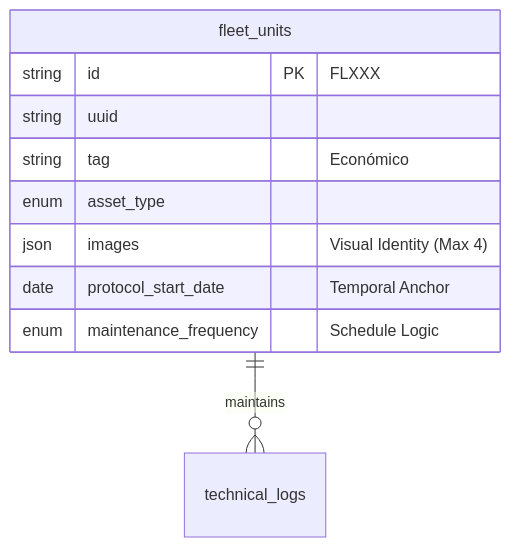
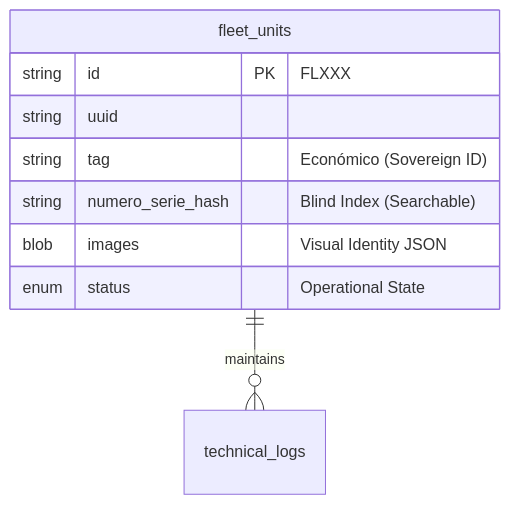
Before and after one commit to felipemiramontesr/mantenimiento_piic: the third of 3 diagrams in SYSTEM_ARCHITECTURE.md, drawn with Mermaid. The commit also changed other lines of this file and 27 other files, not shown here.

Commit message:
feat(fleet): v.17.0.0 industrial-grade architectural refactor and high-precision testing ecosystem

````diff
--- a/SYSTEM_ARCHITECTURE.md
+++ b/SYSTEM_ARCHITECTURE.md
@@ -114,13 +80,12 @@
 ```mermaid
 erDiagram
     fleet_units ||--o{ technical_logs : maintains
     fleet_units {
         string id PK "FLXXX"
         string uuid
-        string tag "Económico"
-        enum asset_type
-        json images "Visual Identity (Max 4)"
-        date protocol_start_date "Temporal Anchor"
-        enum maintenance_frequency "Schedule Logic"
+        string tag "Económico (Sovereign ID)"
+        string numero_serie_hash "Blind Index (Searchable)"
+        blob images "Visual Identity JSON"
+        enum status "Operational State"
     }
 ```
````
